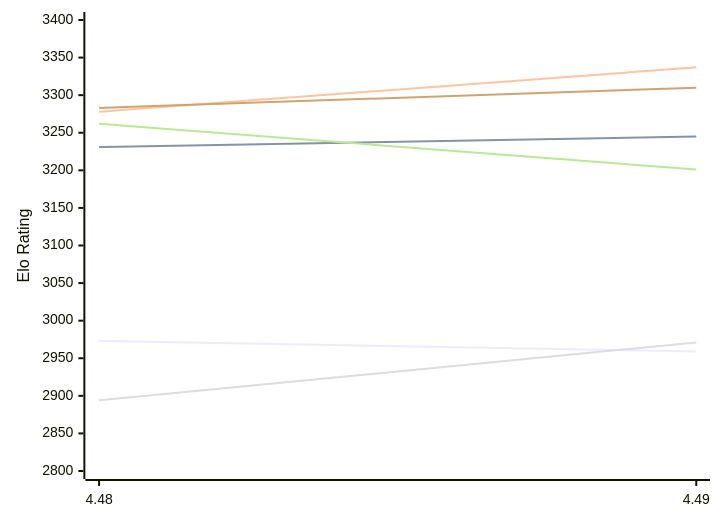
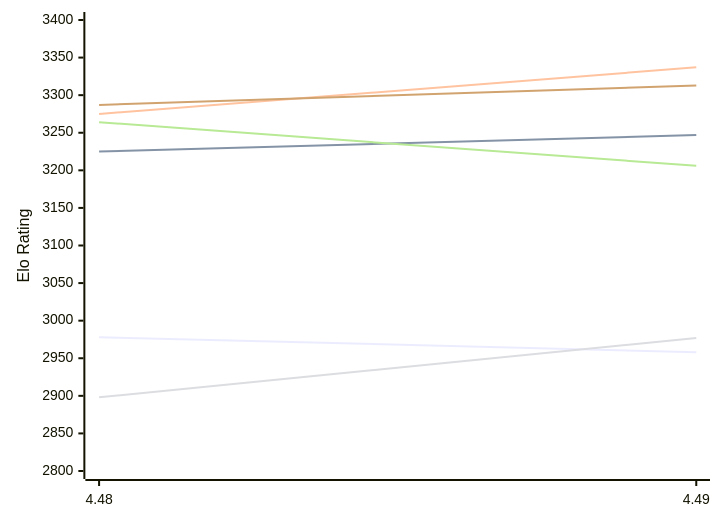
One commit to computer-chess-index/cci changed the first of 2 diagrams in engines/Cheng4.md. Above: the diagram before and after it, drawn with Mermaid. The commit also changed other lines of this file, not shown here.

Commit message:
Update CCI Ratings (ELO VLTC) - 2026-11-24

````diff
--- a/engines/Cheng4.md
+++ b/engines/Cheng4.md
@@ -50,12 +50,12 @@
 ```mermaid
 %%{init: {"theme":"base","themeVariables":{"seriesColors:['#a3a3a3','#222221','#faa371']}}}%%
 xychart-beta
   x-axis ["4.48", "4.49"]
   y-axis "Elo Rating" 2800 --> 3400
-  line "E1: STC (8.0+0.08s)" [2973, 2959]
-  line "E1: LTC (60.0+0.60s)" [3231, 3245]
-  line "E1: VLTC (2m24s+1.12s)" [3278, 3337]
-  line "P1: STC (8.0+0.08s)" [2894, 2971]
-  line "P1: LTC (60.0+0.60s)" [3262, 3201]
-  line "P1: VLTC (2m24s+1.12s)" [3283, 3310]
+  line "E1: STC (8.0+0.08s)" [2978, 2958]
+  line "E1: LTC (60.0+0.60s)" [3225, 3247]
+  line "E1: VLTC (2m24s+1.12s)" [3275, 3337]
+  line "P1: STC (8.0+0.08s)" [2898, 2977]
+  line "P1: LTC (60.0+0.60s)" [3264, 3206]
+  line "P1: VLTC (2m24s+1.12s)" [3287, 3313]
 ```
````
